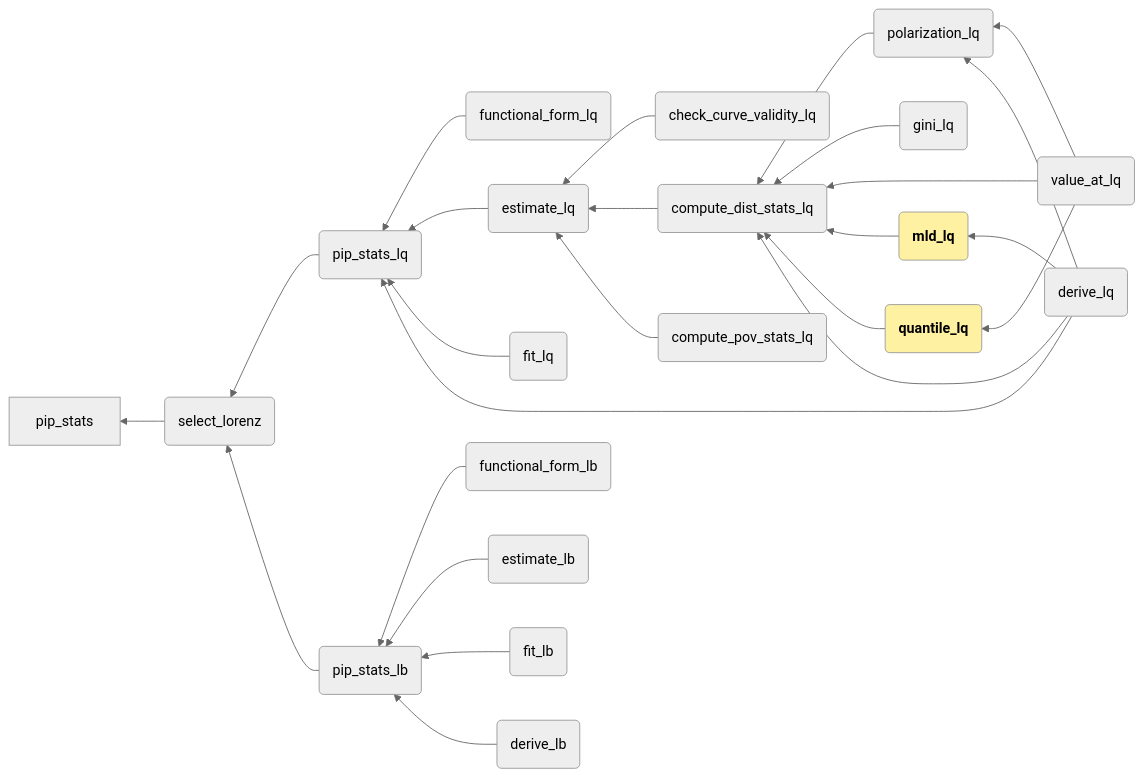
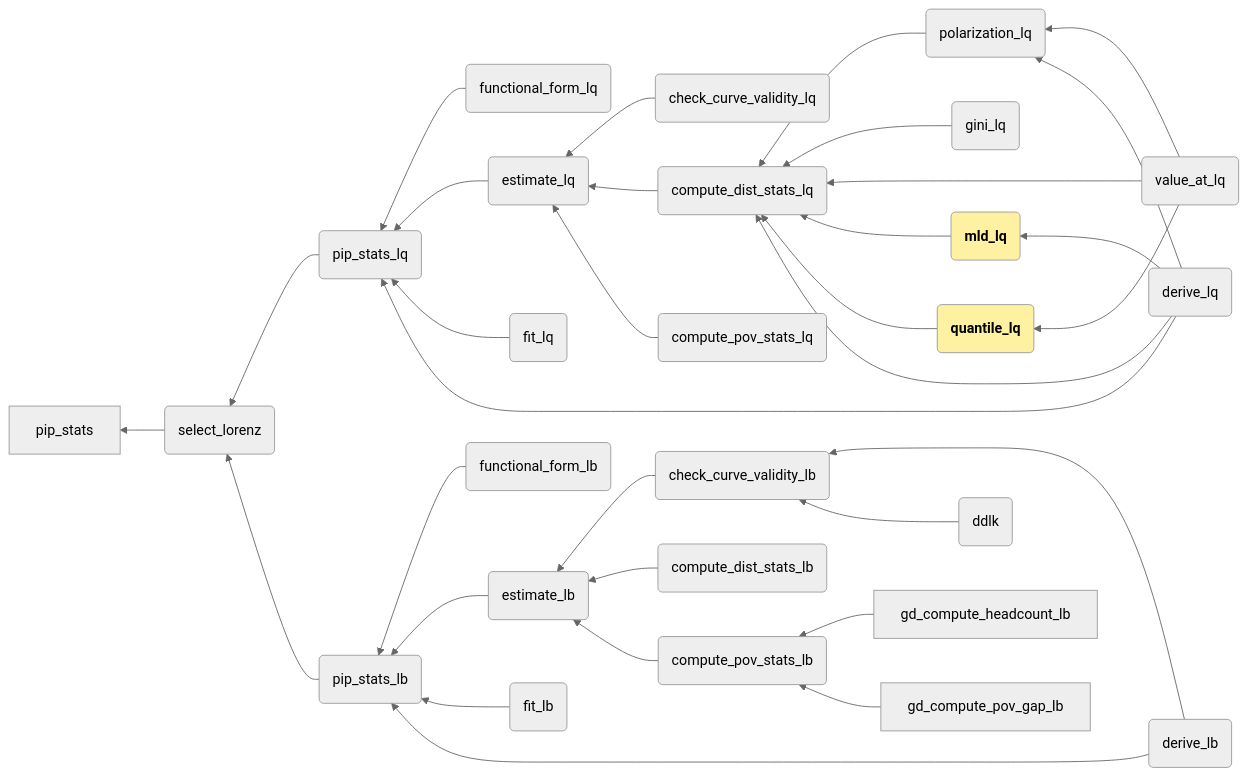
One commit to dana89co/pip_utilities changed the diagram in wbpip_gd_doc.qmd. Above: the diagram before and after it, drawn with Mermaid (neutral theme). The commit also changed other lines of this file and 16 other files, not shown here.

````diff
--- a/wbpip_gd_doc.qmd
+++ b/wbpip_gd_doc.qmd
@@ -20,32 +20,48 @@
 ```{mermaid}
 
 flowchart RL
     lz(select_lorenz) --> stats[pip_stats]
     lq(pip_stats_lq) --> lz
-    lb(pip_stats_lb) --> lz  
+    lb(pip_stats_lb) --> lz
+    
     form_lq(functional_form_lq) --> lq
     est_lq(estimate_lq) --> lq
     fit_lq(fit_lq) --> lq
+    
     form_lb(functional_form_lb) --> lb
     est_lb(estimate_lb) --> lb
     fit_lb(fit_lb) --> lb
-    derive_lb(derive_lb) --> lb
+    derive_lb(derive_lb) ---> lb
+    
     check_val(check_curve_validity_lq) --> est_lq
     comp_dist_lq(compute_dist_stats_lq) --> est_lq
     comp_pov_lq(compute_pov_stats_lq) --> est_lq
+    
+    check_val_lb(check_curve_validity_lb) --> est_lb
+    derive_lb(derive_lb) ---> check_val_lb
+    ddlk(ddlk) --> check_val_lb
+    
+    comp_dist_lb(compute_dist_stats_lb) --> est_lb
+    
+    comp_pov_lb(compute_pov_stats_lb) --> est_lb
+    gd_compute_headcount_lb --> comp_pov_lb
+    gd_compute_pov_gap_lb --> comp_pov_lb
+    
+    
     polarization_lq(polarization_lq) --> comp_dist_lq
     gini_lq(gini_lq) --> comp_dist_lq
     value_at_lq --> polarization_lq
     value_at_lq(value_at_lq) --> comp_dist_lq
     mld_lq(<b>mld_lq</b>) --> comp_dist_lq
     quantile_lq(<b>quantile_lq</b>) --> comp_dist_lq
     derive_lq(derive_lq) --> lq
     derive_lq --> comp_dist_lq
     derive_lq --> mld_lq
     derive_lq --> polarization_lq
     value_at_lq --> quantile_lq
     
+    
     style quantile_lq fill:#FFF1A2
     style mld_lq fill:#FFF1A2
 
 ```
````
